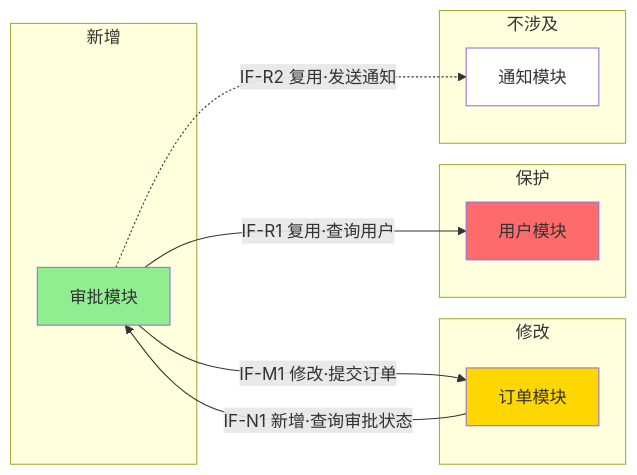
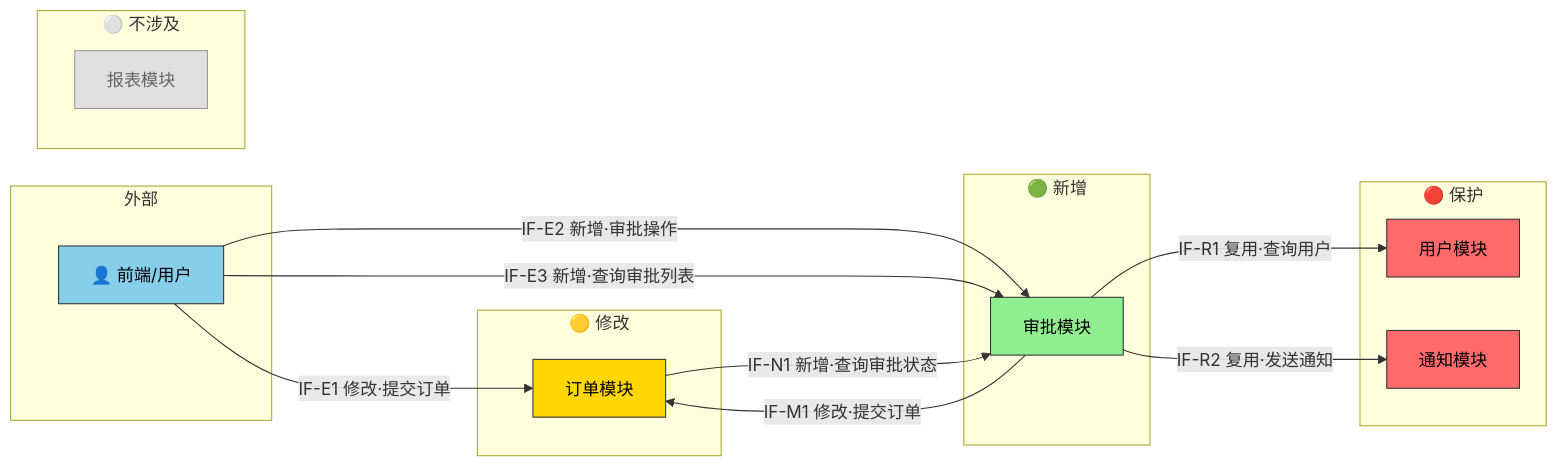
One commit to aiimoyu/hyper-designer changed the first of 2 diagrams in src/builtin/skills/requirements-design/assets/requirements-design-template.md. Above: the diagram before and after it, drawn with Mermaid. The commit also changed other lines of this file and 12 other files, not shown here.

````diff
--- a/src/builtin/skills/requirements-design/assets/requirements-design-template.md
+++ b/src/builtin/skills/requirements-design/assets/requirements-design-template.md
@@ -49,28 +49,41 @@
 ```mermaid
 graph LR
-    subgraph 新增
+    subgraph 外部
+        Client["👤 前端/用户"]
+    end
+
+    subgraph "🟢 新增"
         Approval[审批模块]
     end
-    subgraph 修改
+    subgraph "🟡 修改"
         Order[订单模块]
     end
-    subgraph 保护
+    subgraph "🔴 保护"
         User[用户模块]
-    end
-    subgraph 不涉及
         Notify[通知模块]
     end
+    subgraph "⚪ 不涉及"
+        Report[报表模块]
+    end
 
-    %% 新模块 消费 老系统
+    %% ── 外部接口 ──
+    Client -->|"IF-E1 修改·提交订单"| Order
+    Client -->|"IF-E2 新增·审批操作"| Approval
+    Client -->|"IF-E3 新增·查询审批列表"| Approval
+
+    %% ── 内部接口 ──
     Approval -->|"IF-R1 复用·查询用户"| User
+    Approval -->|"IF-R2 复用·发送通知"| Notify
     Approval -->|"IF-M1 修改·提交订单"| Order
-    Approval -.->|"IF-R2 复用·发送通知"| Notify
+    Order   -->|"IF-N1 新增·查询审批状态"| Approval
 
-    %% 新模块 提供 给老系统
-    Order -->|"IF-N1 新增·查询审批状态"| Approval
+    %% ── 不涉及：无连线 ──
+    %% Report 无任何箭头
 
-    style Approval fill:#90EE90
-    style Order fill:#FFD700
-    style User fill:#FF6B6B
-    style Notify fill:#FFFFFF
+    style Client   fill:#87CEEB,stroke:#333,color:#000
+    style Approval fill:#90EE90,stroke:#333,color:#000
+    style Order    fill:#FFD700,stroke:#333,color:#000
+    style User     fill:#FF6B6B,stroke:#333,color:#000
+    style Notify   fill:#FF6B6B,stroke:#333,color:#000
+    style Report   fill:#E0E0E0,stroke:#999,color:#666
 ```
````
